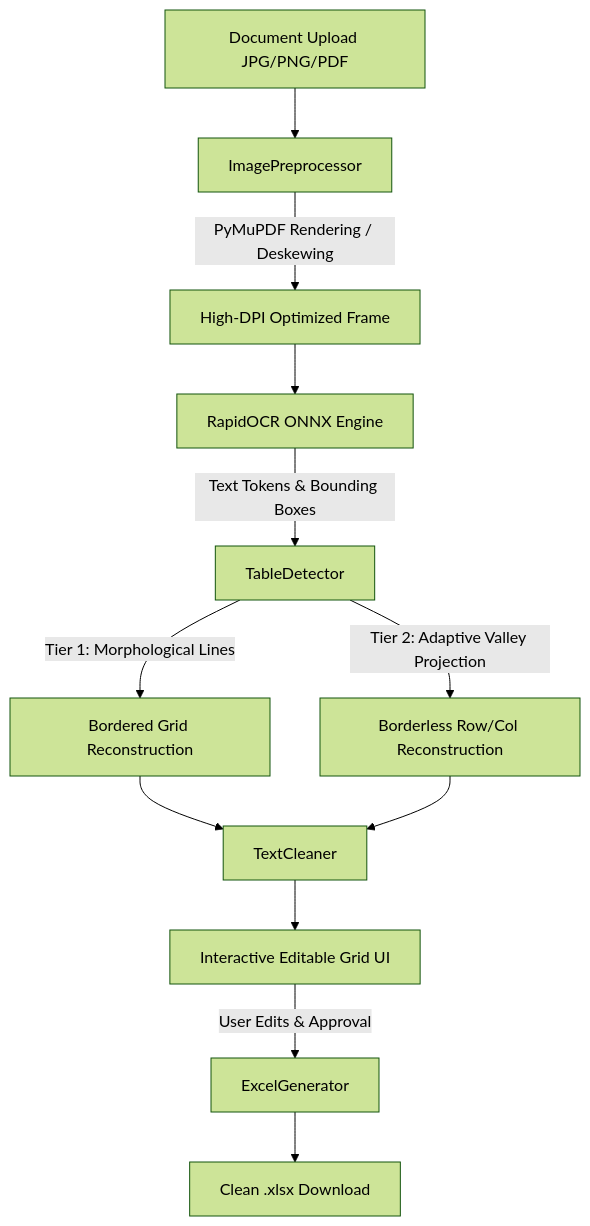
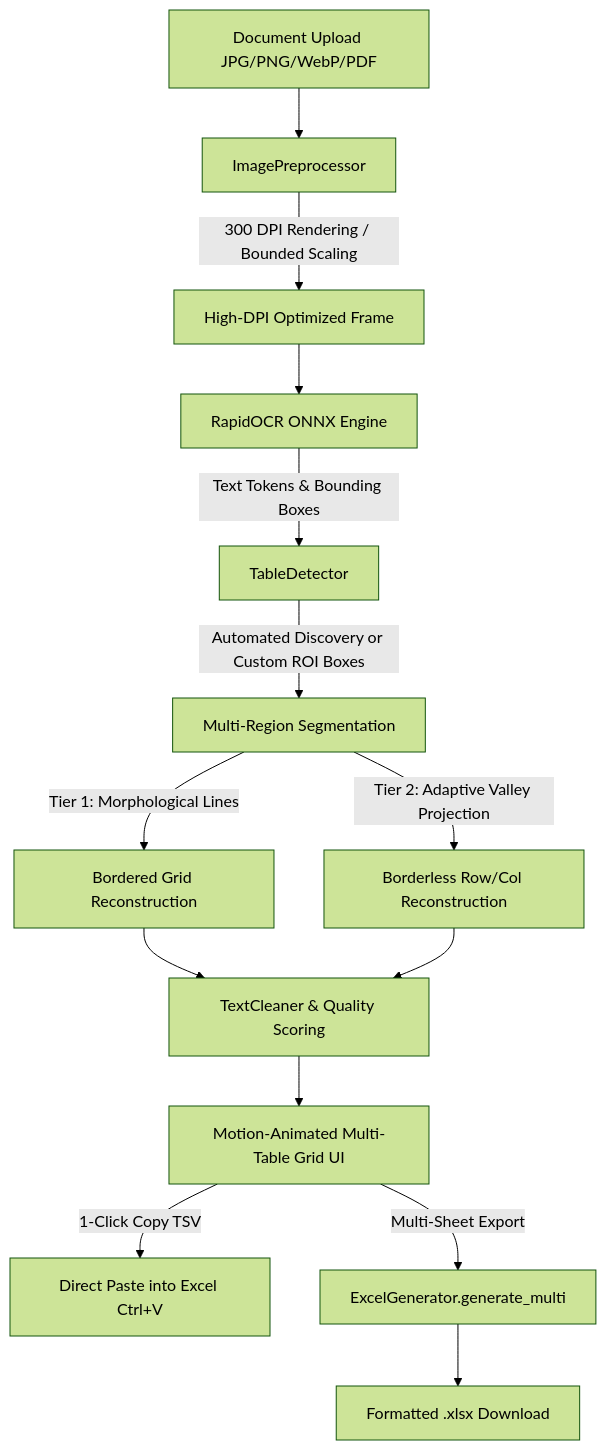
The diagram in README.md (Sreyaaas/SheetSnap-Desktop), drawn with Mermaid (forest theme) before and after one commit. The commit also changed other lines of this file, not shown here.

Commit message:
docs(readme): expand documentation with multi-table discovery, ROI selection, motion UI, and pipeline diagrams

````diff
--- a/README.md
+++ b/README.md
@@ -173,14 +177,16 @@
 ```mermaid
 graph TD
-    A[Document Upload JPG/PNG/PDF] --> B[ImagePreprocessor]
-    B -->|PyMuPDF Rendering / Deskewing| C[High-DPI Optimized Frame]
+    A[Document Upload JPG/PNG/WebP/PDF] --> B[ImagePreprocessor]
+    B -->|300 DPI Rendering / Bounded Scaling| C[High-DPI Optimized Frame]
     C --> D[RapidOCR ONNX Engine]
     D -->|Text Tokens & Bounding Boxes| E[TableDetector]
-    E -->|Tier 1: Morphological Lines| F1[Bordered Grid Reconstruction]
-    E -->|Tier 2: Adaptive Valley Projection| F2[Borderless Row/Col Reconstruction]
-    F1 --> G[TextCleaner]
-    F2 --> G
-    G --> H[Interactive Editable Grid UI]
-    H -->|User Edits & Approval| I[ExcelGenerator]
-    I --> J[Clean .xlsx Download]
+    E -->|Automated Discovery or Custom ROI Boxes| F[Multi-Region Segmentation]
+    F -->|Tier 1: Morphological Lines| G1[Bordered Grid Reconstruction]
+    F -->|Tier 2: Adaptive Valley Projection| G2[Borderless Row/Col Reconstruction]
+    G1 --> H[TextCleaner & Quality Scoring]
+    G2 --> H
+    H --> I[Motion-Animated Multi-Table Grid UI]
+    I -->|1-Click Copy TSV| J[Direct Paste into Excel Ctrl+V]
+    I -->|Multi-Sheet Export| K[ExcelGenerator.generate_multi]
+    K --> L[Formatted .xlsx Download]
 ```
````
